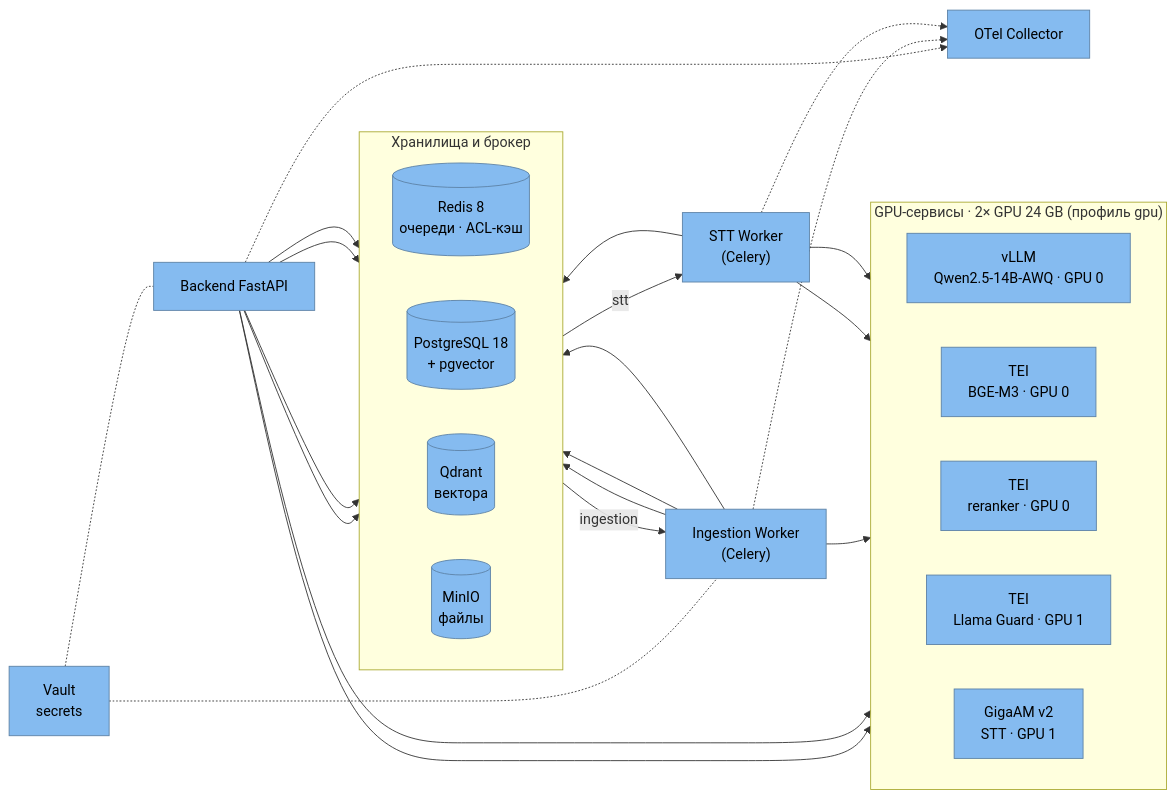
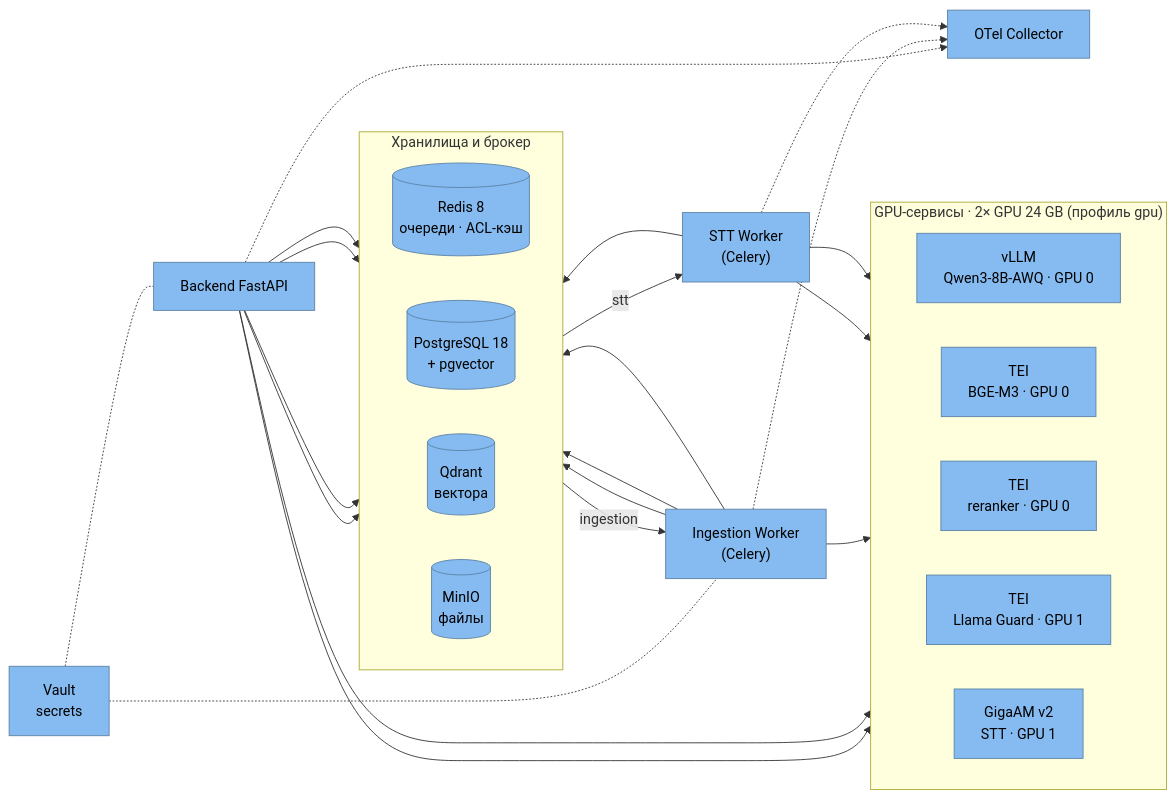
The second of 2 diagrams in docs/c4/04_Deployment_диаграмма.md (VladislavK777/ai_rag2_assistant), drawn with Mermaid before and after one commit. The commit also changed other lines of this file and 7 other files, not shown here.

````diff
--- a/docs/c4/04_Deployment_диаграмма.md
+++ b/docs/c4/04_Deployment_диаграмма.md
@@ -43,59 +43,59 @@
 ```mermaid
 flowchart LR
     classDef container fill:#85BBF0,stroke:#5D82A6,color:#000
     classDef db fill:#85BBF0,stroke:#5D82A6,color:#000
 
     API["Backend FastAPI"]:::container
     ING["Ingestion Worker<br/>(Celery)"]:::container
     STTW["STT Worker<br/>(Celery)"]:::container
 
     subgraph STORE["Хранилища и брокер"]
         direction LR
         RD[("Redis 8<br/>очереди · ACL-кэш")]:::db
         PG[("PostgreSQL 18<br/>+ pgvector")]:::db
         QD[("Qdrant<br/>вектора")]:::db
         S3[("MinIO<br/>файлы")]:::db
     end
 
     subgraph GPU["GPU-сервисы · 2× GPU 24 GB (профиль gpu)"]
         direction LR
-        LLM["vLLM<br/>Qwen2.5-14B-AWQ · GPU 0"]:::container
+        LLM["vLLM<br/>Qwen3-8B-AWQ · GPU 0"]:::container
         EMB["TEI<br/>BGE-M3 · GPU 0"]:::container
         RR["TEI<br/>reranker · GPU 0"]:::container
         GU["TEI<br/>Llama Guard · GPU 1"]:::container
         STTG["GigaAM v2<br/>STT · GPU 1"]:::container
     end
 
     VT["Vault<br/>secrets"]:::container
     OTC["OTel Collector"]:::container
 
     %% приём и очереди
     API --> RD
     RD -->|"ingestion"| ING
     RD -->|"stt"| STTW
 
     %% Backend
     API --> PG
     API --> QD
     API --> S3
     API --> LLM
     API --> GU
 
     %% Ingestion
     ING --> S3
     ING --> PG
     ING --> EMB
     ING --> QD
 
     %% STT
     STTW --> S3
     STTW --> STTG
     STTW --> LLM
 
     %% сквозное
     VT -.- API
     VT -.- ING
     API -.-> OTC
     ING -.-> OTC
     STTW -.-> OTC
 ```
````
